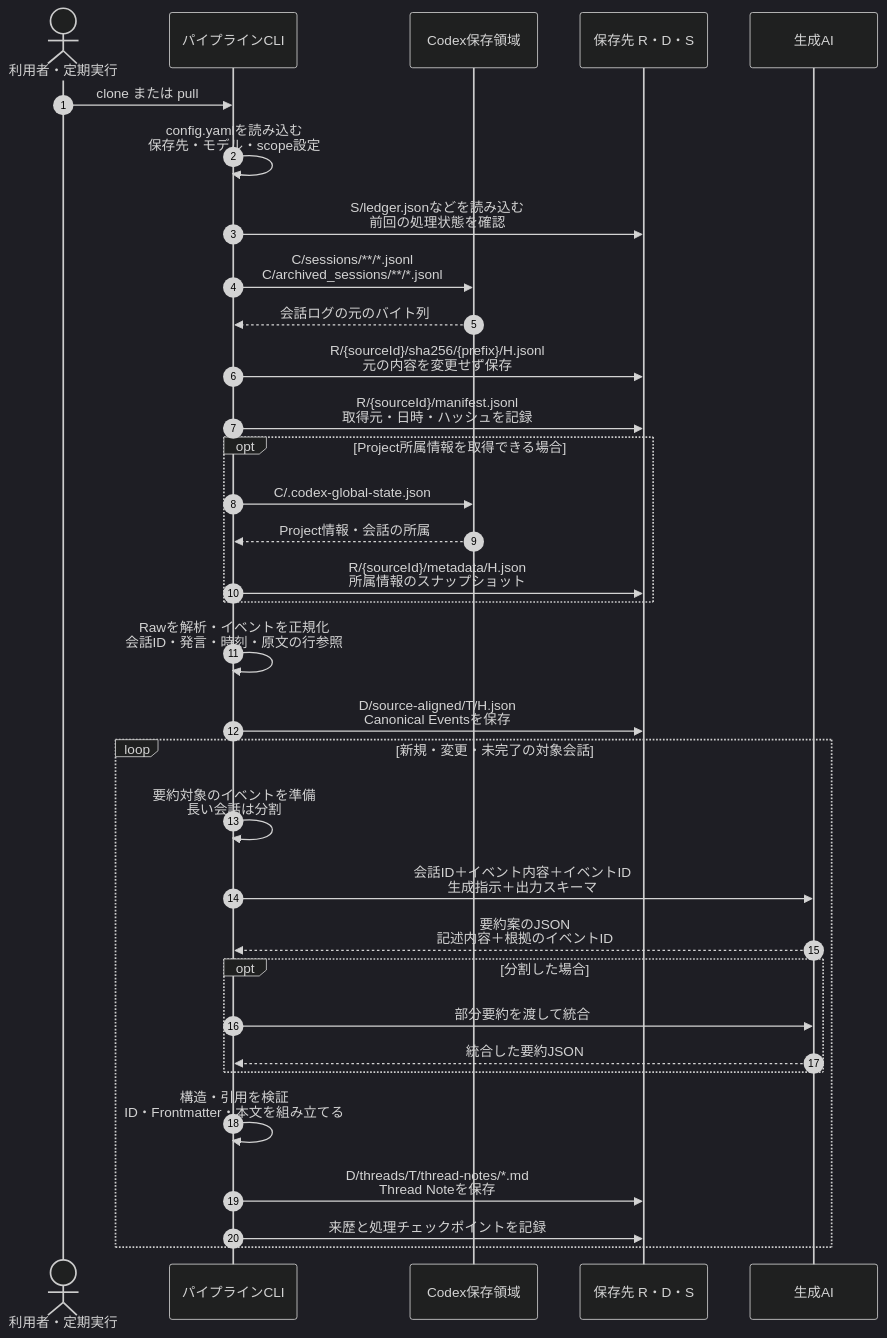
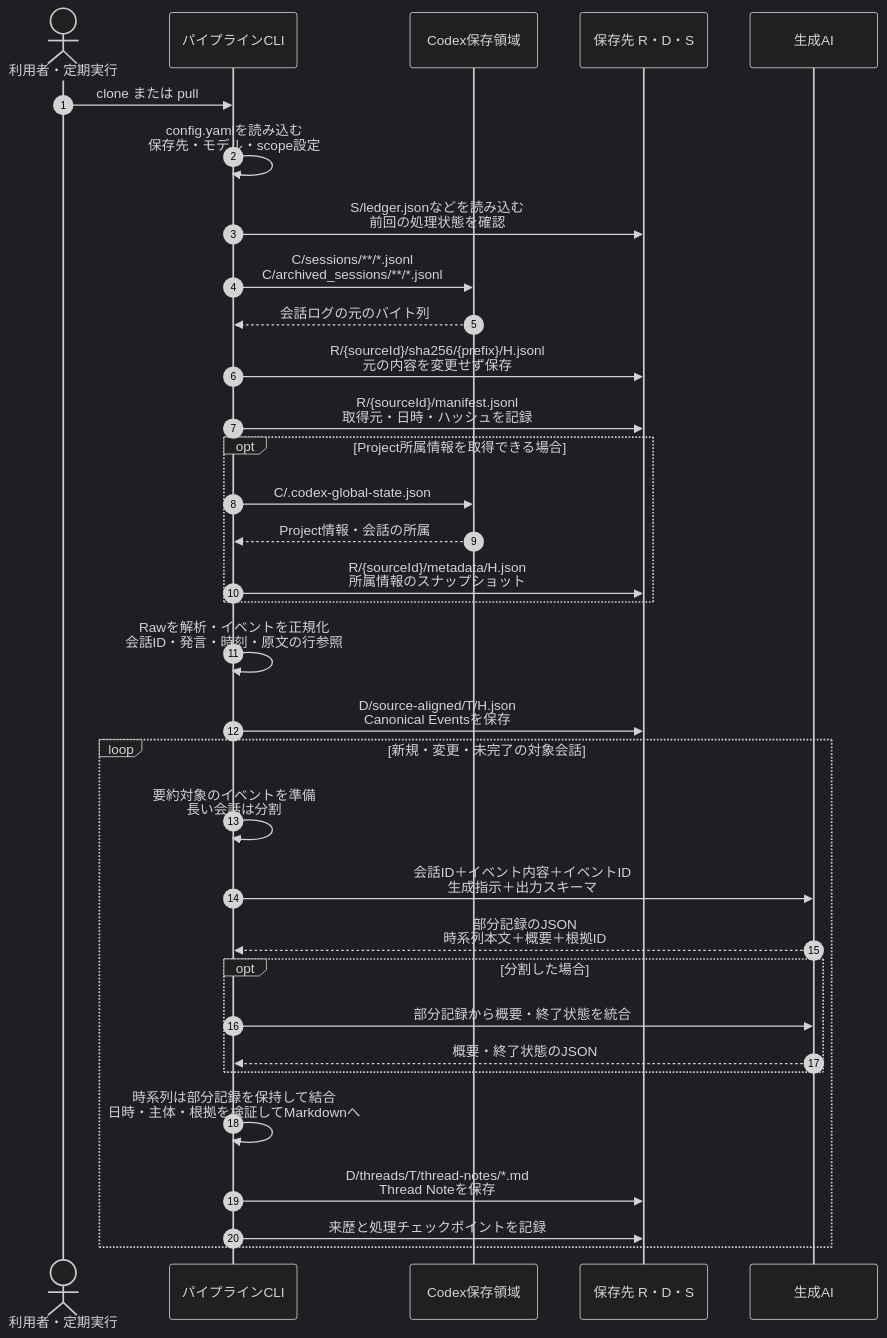
Before and after one commit to tuckn/tkn_codex_chat_note_pipeline: the second of 4 diagrams in README_ja.md, drawn with Mermaid (dark theme). The commit also changed other lines of this file and 22 other files, not shown here.

First line of the commit message:
feat: Implement thread timeline management with validation and rendering

````diff
--- a/README_ja.md
+++ b/README_ja.md
@@ -317,40 +398,40 @@
 ```mermaid
 sequenceDiagram
     autonumber
     actor U as 利用者・定期実行
     participant P as パイプラインCLI
     participant C as Codex保存領域
     participant F as 保存先 R・D・S
     participant AI as 生成AI
 
     U->>P: clone または pull
     P->>P: config.yamlを読み込む<br/>保存先・モデル・scope設定
     P->>F: S/ledger.jsonなどを読み込む<br/>前回の処理状態を確認
 
     P->>C: C/sessions/**/*.jsonl<br/>C/archived_sessions/**/*.jsonl
     C-->>P: 会話ログの元のバイト列
     P->>F: R/{sourceId}/sha256/{prefix}/H.jsonl<br/>元の内容を変更せず保存
     P->>F: R/{sourceId}/manifest.jsonl<br/>取得元・日時・ハッシュを記録
 
     opt Project所属情報を取得できる場合
         P->>C: C/.codex-global-state.json
         C-->>P: Project情報・会話の所属
         P->>F: R/{sourceId}/metadata/H.json<br/>所属情報のスナップショット
     end
 
     P->>P: Rawを解析・イベントを正規化<br/>会話ID・発言・時刻・原文の行参照
     P->>F: D/source-aligned/T/H.json<br/>Canonical Eventsを保存
 
     loop 新規・変更・未完了の対象会話
         P->>P: 要約対象のイベントを準備<br/>長い会話は分割
         P->>AI: 会話ID＋イベント内容＋イベントID<br/>生成指示＋出力スキーマ
-        AI-->>P: 要約案のJSON<br/>記述内容＋根拠のイベントID
+        AI-->>P: 部分記録のJSON<br/>時系列本文＋概要＋根拠ID
         opt 分割した場合
-            P->>AI: 部分要約を渡して統合
-            AI-->>P: 統合した要約JSON
+            P->>AI: 部分記録から概要・終了状態を統合
+            AI-->>P: 概要・終了状態のJSON
         end
-        P->>P: 構造・引用を検証<br/>ID・Frontmatter・本文を組み立てる
+        P->>P: 時系列は部分記録を保持して結合<br/>日時・主体・根拠を検証してMarkdownへ
         P->>F: D/threads/T/thread-notes/*.md<br/>Thread Noteを保存
         P->>F: 来歴と処理チェックポイントを記録
     end
 ```
````
